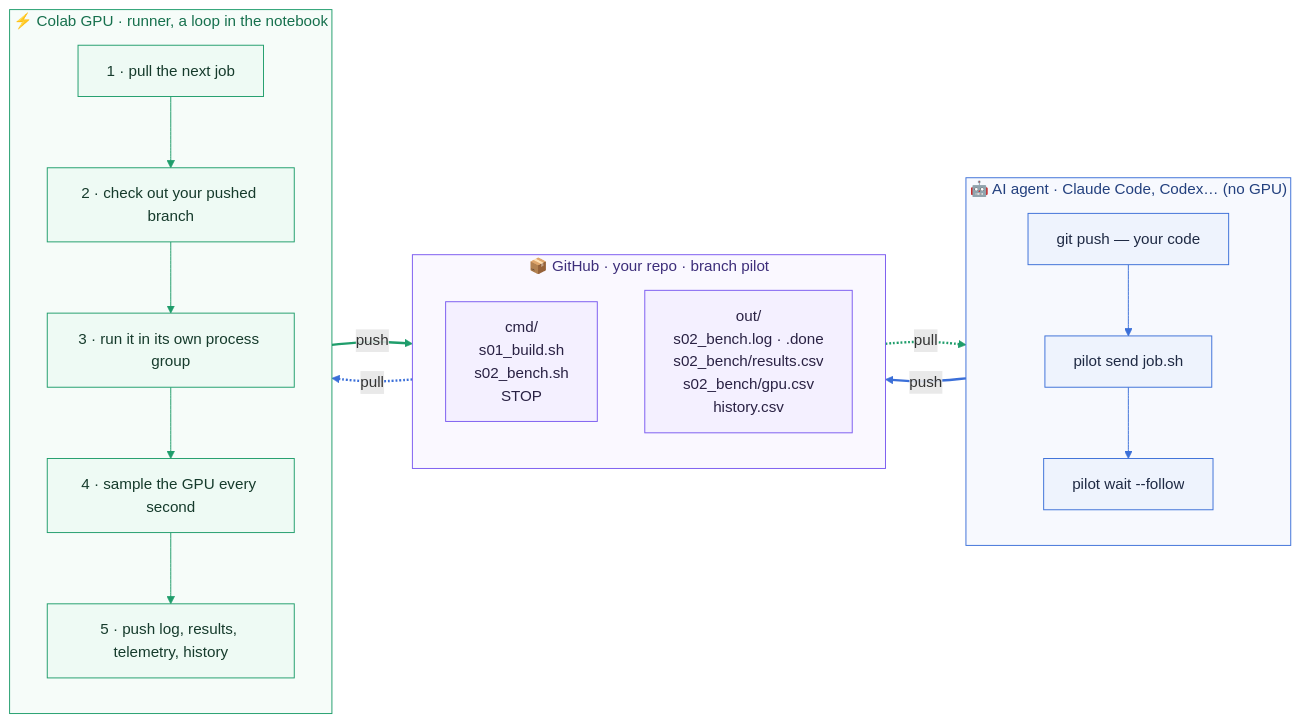
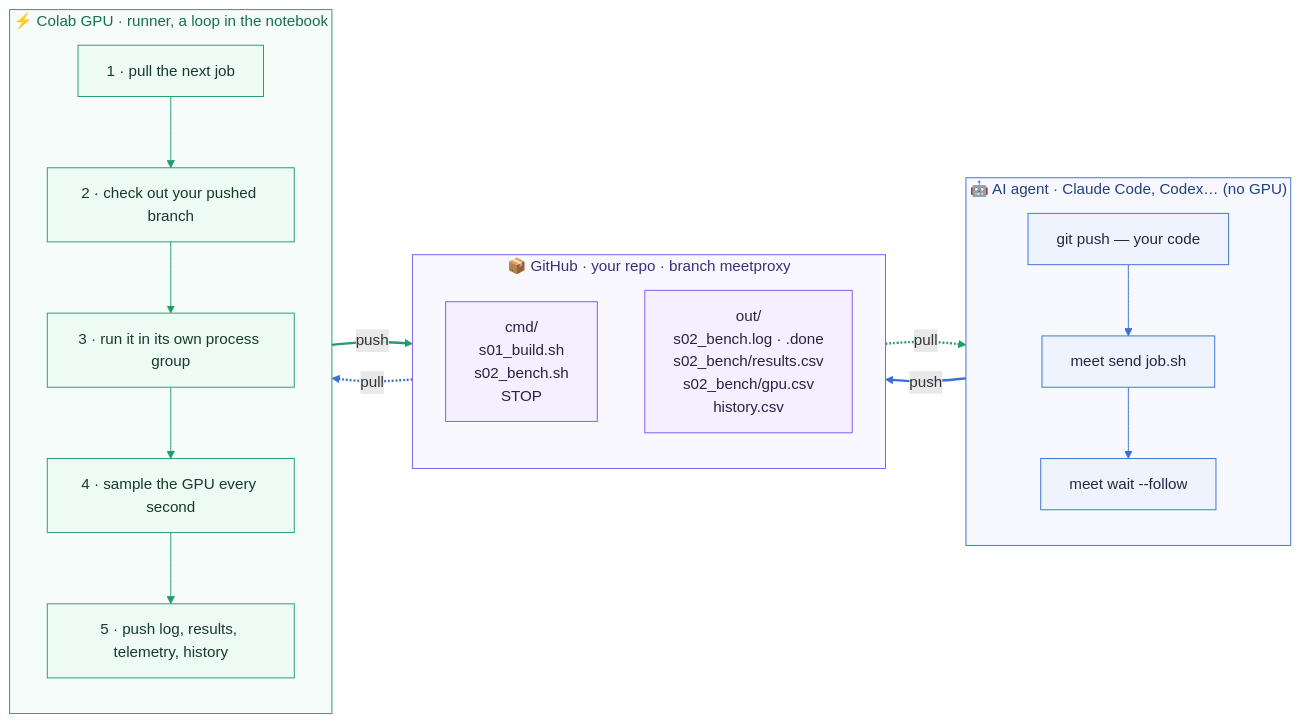
One commit to SergeyChere/MeetProxy changed the first of 3 diagrams in docs/HOW-IT-WORKS.md. Above: the diagram before and after it, drawn with Mermaid. The commit also changed other lines of this file and 35 other files, not shown here.

First line of the commit message:
Rename: colab-pilot -> MeetProxy (0.6.0)

````diff
--- a/docs/HOW-IT-WORKS.md
+++ b/docs/HOW-IT-WORKS.md
@@ -6,45 +6,45 @@
 ```mermaid
 flowchart LR
     subgraph AGENT["🤖 AI agent · Claude Code, Codex… (no GPU)"]
         direction TB
         A1["git push — your code"]
-        A2["pilot send job.sh"]
-        A3["pilot wait --follow"]
+        A2["meet send job.sh"]
+        A3["meet wait --follow"]
         A1 --> A2 --> A3
     end
 
-    subgraph REPO["📦 GitHub · your repo · branch pilot"]
+    subgraph REPO["📦 GitHub · your repo · branch meetproxy"]
         direction TB
         C["cmd/<br/>s01_build.sh<br/>s02_bench.sh<br/>STOP"]
         O["out/<br/>s02_bench.log · .done<br/>s02_bench/results.csv<br/>s02_bench/gpu.csv<br/>history.csv"]
     end
 
     subgraph GPU["⚡ Colab GPU · runner, a loop in the notebook"]
         direction TB
         R1["1 · pull the next job"]
         R2["2 · check out your pushed branch"]
         R3["3 · run it in its own process group"]
         R4["4 · sample the GPU every second"]
         R5["5 · push log, results, telemetry, history"]
         R1 --> R2 --> R3 --> R4 --> R5
     end
 
     A2 -- push --> C
     C -. pull .-> R1
     R5 -- push --> O
     O -. pull .-> A3
 
     classDef agent fill:#eef3fd,stroke:#3b6fd8,color:#1f2a44
     classDef repo fill:#f4f0ff,stroke:#7a5af0,color:#2a2244
     classDef gpu fill:#eefaf4,stroke:#1f9d6b,color:#163b2c
     class A1,A2,A3 agent
     class C,O repo
     class R1,R2,R3,R4,R5 gpu
     style AGENT fill:#f7f9fe,stroke:#3b6fd8,color:#23407e
     style REPO fill:#faf8ff,stroke:#7a5af0,color:#3d2e7a
     style GPU fill:#f6fcf9,stroke:#1f9d6b,color:#16704d
     linkStyle 0,1 stroke:#3b6fd8
     linkStyle 2,3,4,5 stroke:#1f9d6b
     linkStyle 6,7 stroke:#3b6fd8,stroke-width:2.5px
     linkStyle 8,9 stroke:#1f9d6b,stroke-width:2.5px
 ```
````
